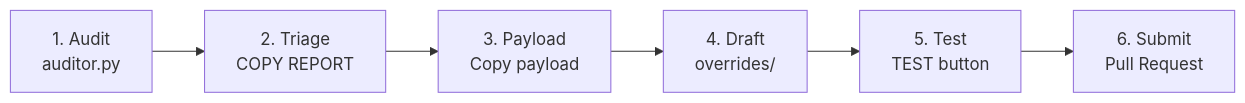
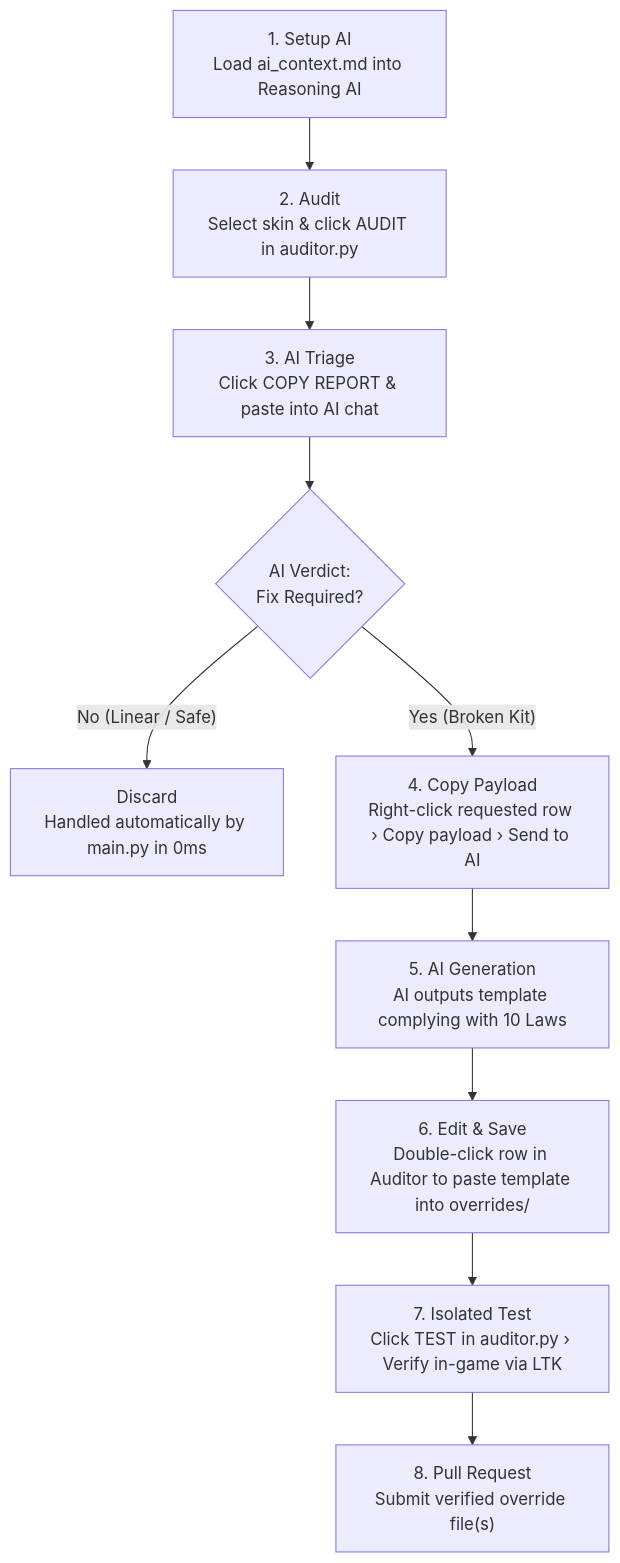
One commit to gsmeven/vanilla-true-builder changed the diagram in CONTRIBUTING.md. Above: the diagram before and after it, drawn with Mermaid. The commit also changed other lines of this file, not shown here.

````diff
--- a/CONTRIBUTING.md
+++ b/CONTRIBUTING.md
@@ -21,8 +23,12 @@
 ```mermaid
-flowchart LR
-    A["1. Audit\nauditor.py"] --> B["2. Triage\nCOPY REPORT"]
-    B --> C["3. Payload\nCopy payload"]
-    C --> D["4. Draft\noverrides/"]
-    D --> E["5. Test\nTEST button"]
-    E --> F["6. Submit\nPull Request"]
+flowchart TD
+    A["1. Setup AI\nLoad ai_context.md into Reasoning AI"] --> B["2. Audit\nSelect skin & click AUDIT in auditor.py"]
+    B --> C["3. AI Triage\nClick COPY REPORT & paste into AI chat"]
+    C --> D{"AI Verdict:\nFix Required?"}
+    D -- "No (Linear / Safe)" --> E["Discard\nHandled automatically by main.py in 0ms"]
+    D -- "Yes (Broken Kit)" --> F["4. Copy Payload\nRight-click requested row › Copy payload › Send to AI"]
+    F --> G["5. AI Generation\nAI outputs template complying with 10 Laws"]
+    G --> H["6. Edit & Save\nDouble-click row in Auditor to paste template into overrides/"]
+    H --> I["7. Isolated Test\nClick TEST in auditor.py › Verify in-game via LTK"]
+    I --> J["8. Pull Request\nSubmit verified override file(s)"]
 ```
````
